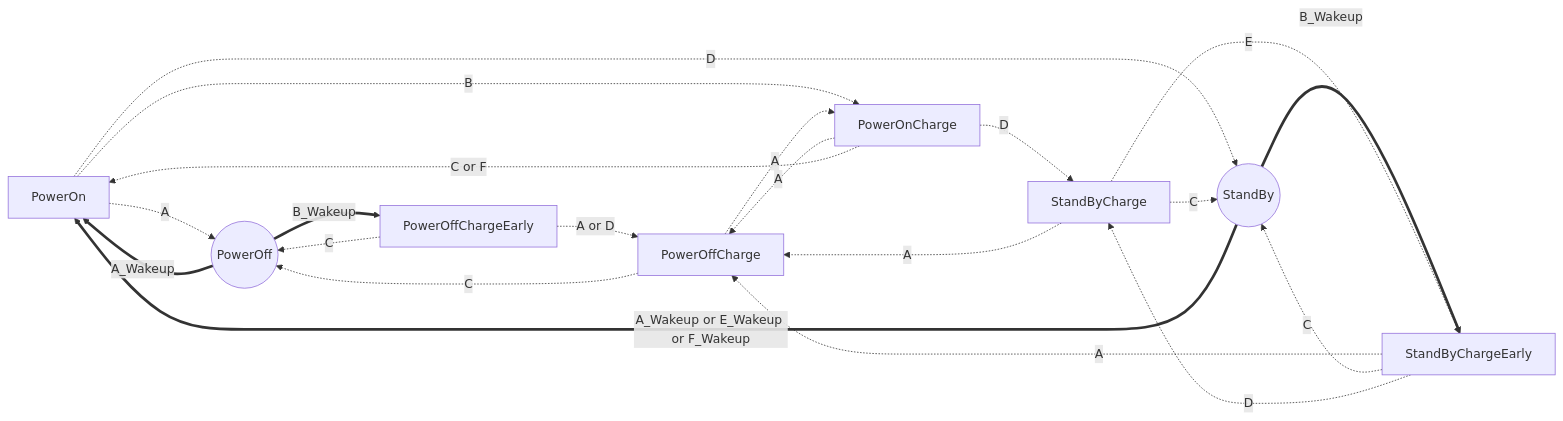
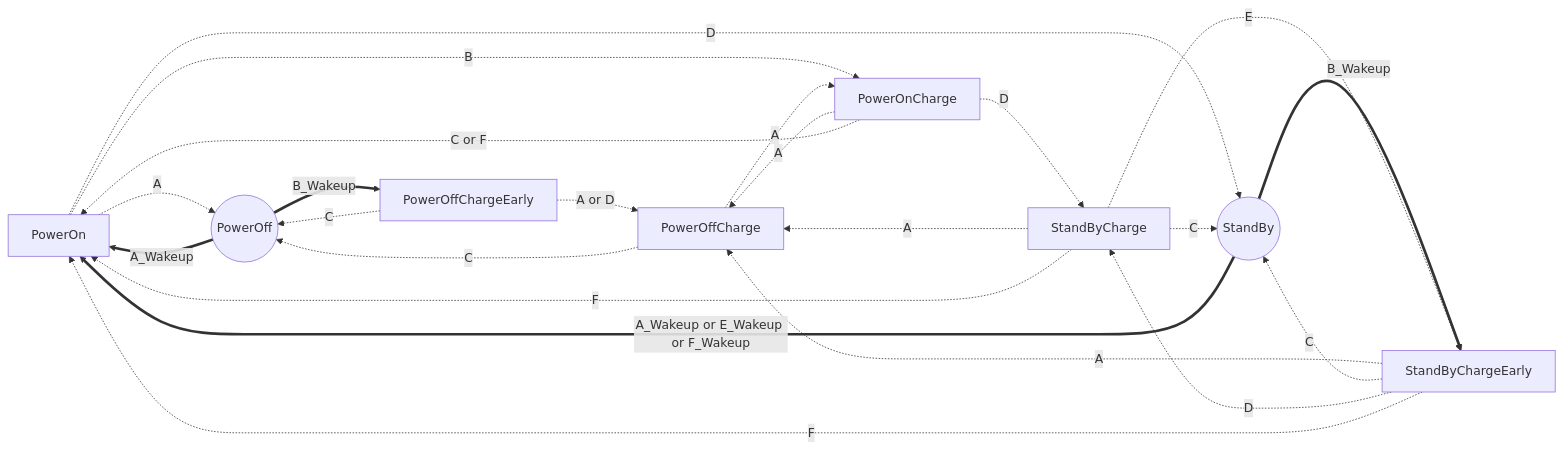
One commit to heray1990/P201-Pump changed the diagram in README.md. Above: the diagram before and after it, drawn with Mermaid.

````diff
--- a/README.md
+++ b/README.md
@@ -128,23 +128,25 @@
 ```mermaid
 graph LR
 	0u[PowerOn] -. A .-> 5u((PowerOff))
 	0u[PowerOn] -. B .-> 1u[PowerOnCharge]
 	0u[PowerOn] -. D .-> 2u((StandBy))
 	1u[PowerOnCharge] -. A .-> 7u[PowerOffCharge]
 	1u[PowerOnCharge] -. C or F .-> 0u[PowerOn]
 	1u[PowerOnCharge] -. D .-> 4u[StandByCharge]
 	2u((StandBy)) == A_Wakeup or E_Wakeup or F_Wakeup ==> 0u[PowerOn]
 	2u((StandBy)) == B_Wakeup ==> 3u[StandByChargeEarly]
 	3u[StandByChargeEarly] -. A .-> 7u[PowerOffCharge]
 	3u[StandByChargeEarly] -. C .-> 2u((StandBy))
 	3u[StandByChargeEarly] -. D .-> 4u[StandByCharge]
+	3u[StandByChargeEarly] -. F .-> 0u[PowerOn]
 	4u[StandByCharge] -. A .-> 7u[PowerOffCharge]
 	4u[StandByCharge] -. C .-> 2u((StandBy))
 	4u[StandByCharge] -. E .-> 3u[StandByChargeEarly]
+	4u[StandByCharge] -. F .-> 0u[PowerOn]
 	5u((PowerOff)) == A_Wakeup ==> 0u[PowerOn]
 	5u((PowerOff)) == B_Wakeup ==> 6u[PowerOffChargeEarly]
 	6u[PowerOffChargeEarly] -. A or D .-> 7u[PowerOffCharge]
 	6u[PowerOffChargeEarly] -. C .-> 5u((PowerOff))
 	7u[PowerOffCharge] -. A .-> 1u[PowerOnCharge]
 	7u[PowerOffCharge] -. C .-> 5u((PowerOff))
 ```
````
